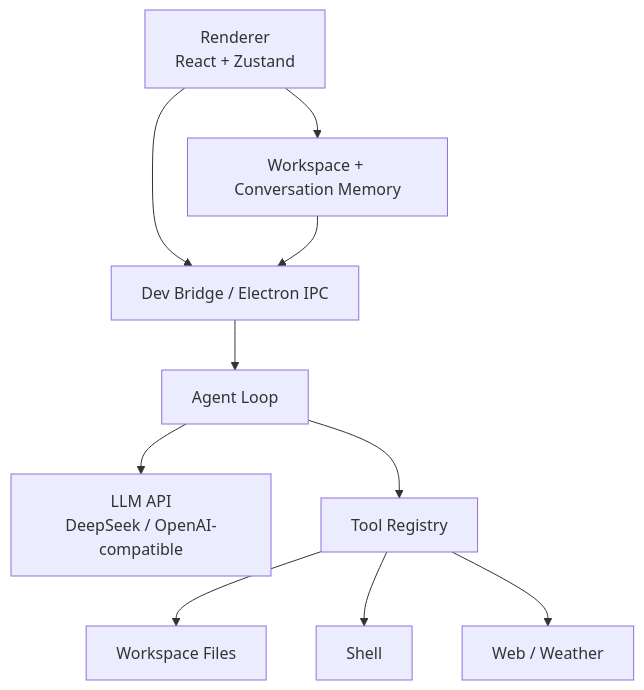
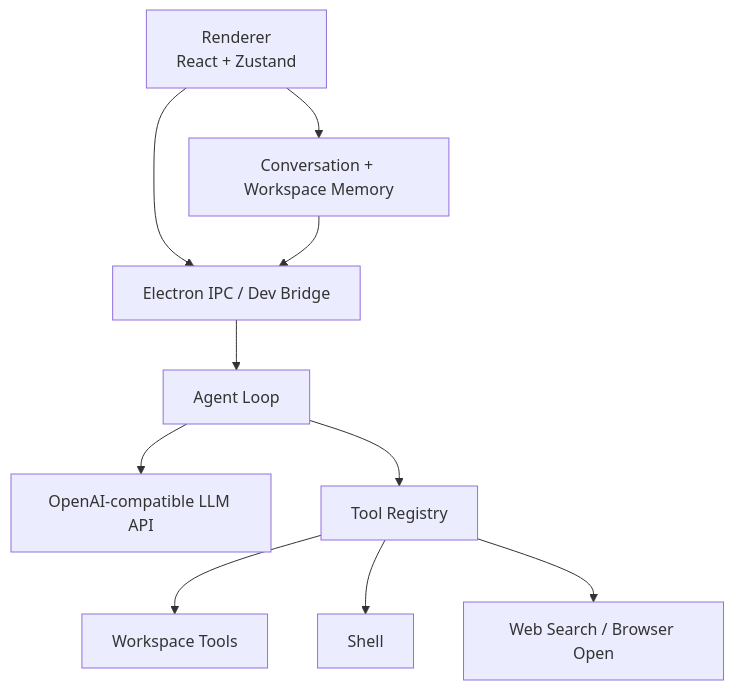
Before and after one commit to ontheroadtomine/PigAgent: the diagram in README.md, drawn with Mermaid. The commit also changed other lines of this file and 70 other files, not shown here.

Commit message:
整理目录和生成图标

````diff
--- a/README.md
+++ b/README.md
@@ -35,12 +36,12 @@
 ```mermaid
 flowchart TD
-  UI["Renderer<br/>React + Zustand"] --> Bridge["Dev Bridge / Electron IPC"]
-  Bridge --> Loop["Agent Loop"]
-  Loop --> Model["LLM API<br/>DeepSeek / OpenAI-compatible"]
+  UI["Renderer<br/>React + Zustand"] --> IPC["Electron IPC / Dev Bridge"]
+  IPC --> Loop["Agent Loop"]
+  Loop --> Model["OpenAI-compatible LLM API"]
   Loop --> Tools["Tool Registry"]
-  Tools --> Workspace["Workspace Files"]
+  Tools --> Workspace["Workspace Tools"]
   Tools --> Shell["Shell"]
-  Tools --> Web["Web / Weather"]
-  UI --> Memory["Workspace + Conversation Memory"]
-  Memory --> Bridge
+  Tools --> Web["Web Search / Browser Open"]
+  UI --> Memory["Conversation + Workspace Memory"]
+  Memory --> IPC
 ```
````
